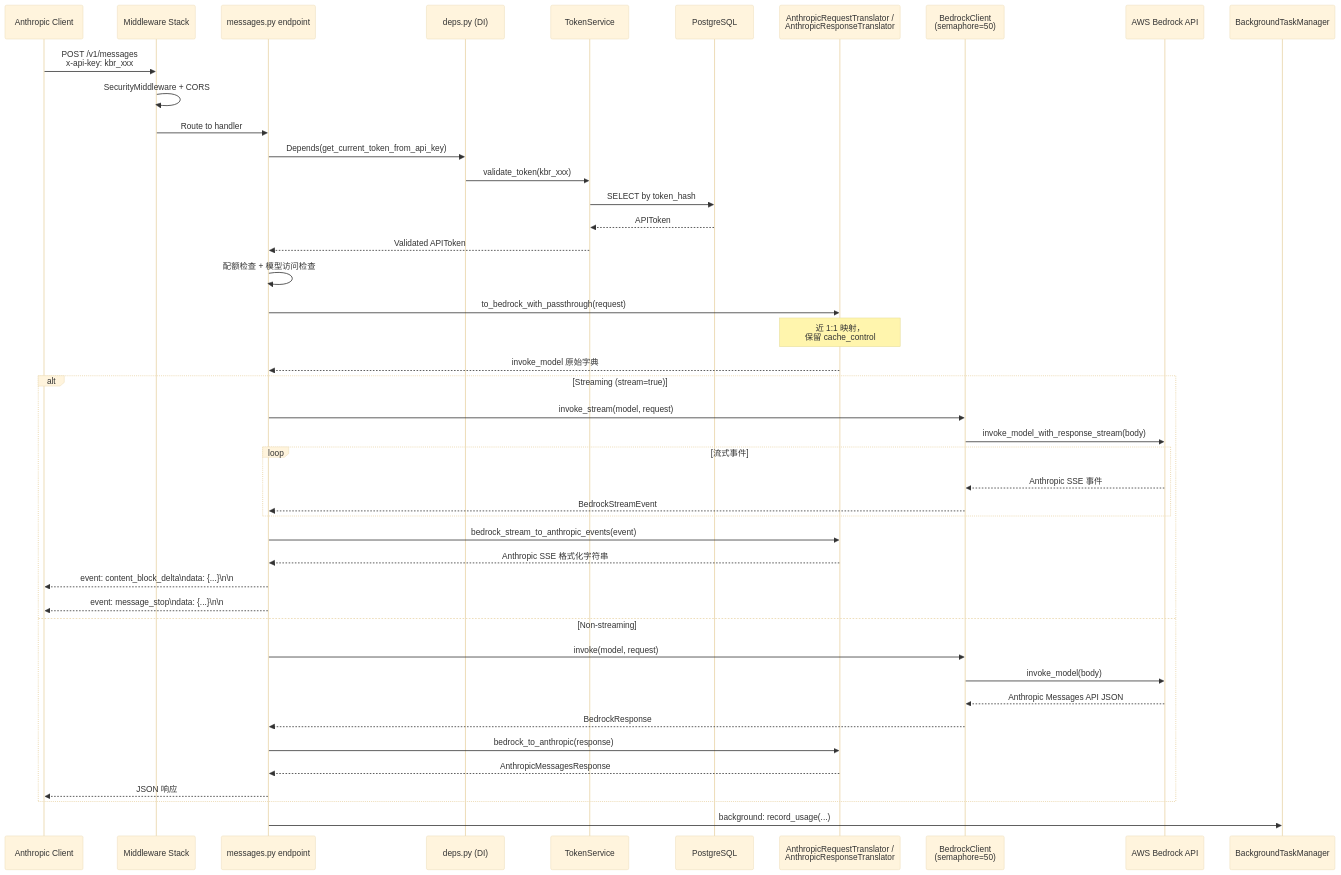
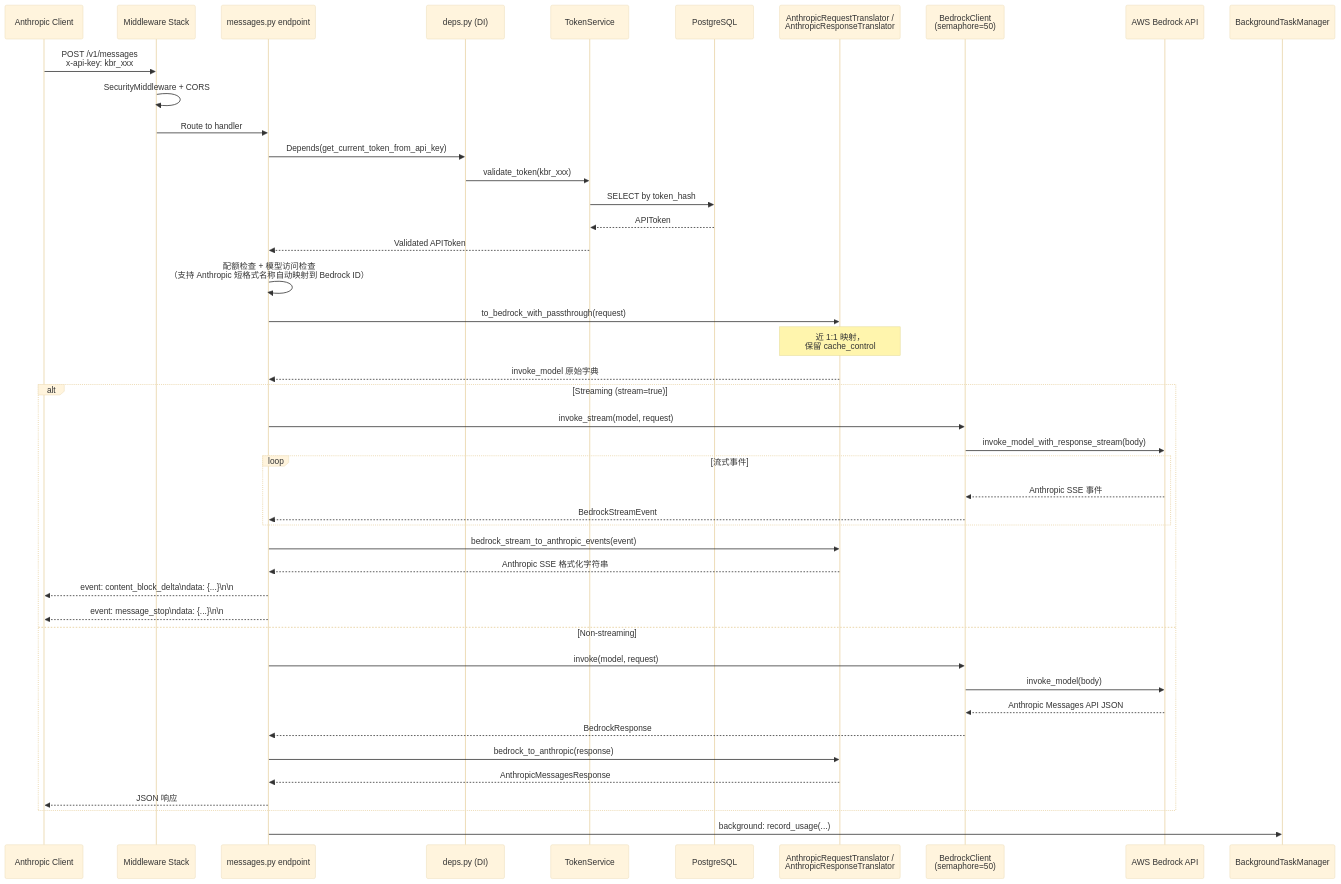
The tenth of 11 diagrams in docs/architecture.zh.md (aws-samples/sample-kolya-br-proxy), drawn with Mermaid (base theme) before and after one commit. The commit also changed other lines of this file and 3 other files, not shown here.

````diff
--- a/docs/architecture.zh.md
+++ b/docs/architecture.zh.md
@@ -759,52 +760,52 @@
 ```mermaid
 sequenceDiagram
     participant Client as Anthropic Client
     participant MW as Middleware Stack
     participant Msg as messages.py endpoint
     participant Deps as deps.py (DI)
     participant TokenSvc as TokenService
     participant DB as PostgreSQL
     participant Translator as AnthropicRequestTranslator /<br/>AnthropicResponseTranslator
     participant Bedrock as BedrockClient<br/>(semaphore=50)
     participant AWS as AWS Bedrock API
     participant BG as BackgroundTaskManager
 
     Client->>MW: POST /v1/messages<br/>x-api-key: kbr_xxx
     MW->>MW: SecurityMiddleware + CORS
     MW->>Msg: Route to handler
 
     Msg->>Deps: Depends(get_current_token_from_api_key)
     Deps->>TokenSvc: validate_token(kbr_xxx)
     TokenSvc->>DB: SELECT by token_hash
     DB-->>TokenSvc: APIToken
     TokenSvc-->>Msg: Validated APIToken
 
-    Msg->>Msg: 配额检查 + 模型访问检查
+    Msg->>Msg: 配额检查 + 模型访问检查<br/>（支持 Anthropic 短格式名称自动映射到 Bedrock ID）
 
     Msg->>Translator: to_bedrock_with_passthrough(request)
     Note over Translator: 近 1:1 映射，<br/>保留 cache_control
     Translator-->>Msg: invoke_model 原始字典
 
     alt Streaming (stream=true)
         Msg->>Bedrock: invoke_stream(model, request)
         Bedrock->>AWS: invoke_model_with_response_stream(body)
         loop 流式事件
             AWS-->>Bedrock: Anthropic SSE 事件
             Bedrock-->>Msg: BedrockStreamEvent
         end
         Msg->>Translator: bedrock_stream_to_anthropic_events(event)
         Translator-->>Msg: Anthropic SSE 格式化字符串
         Msg-->>Client: event: content_block_delta\ndata: {...}\n\n
         Msg-->>Client: event: message_stop\ndata: {...}\n\n
     else Non-streaming
         Msg->>Bedrock: invoke(model, request)
         Bedrock->>AWS: invoke_model(body)
         AWS-->>Bedrock: Anthropic Messages API JSON
         Bedrock-->>Msg: BedrockResponse
         Msg->>Translator: bedrock_to_anthropic(response)
         Translator-->>Msg: AnthropicMessagesResponse
         Msg-->>Client: JSON 响应
     end
 
     Msg->>BG: background: record_usage(...)
 ```
````
